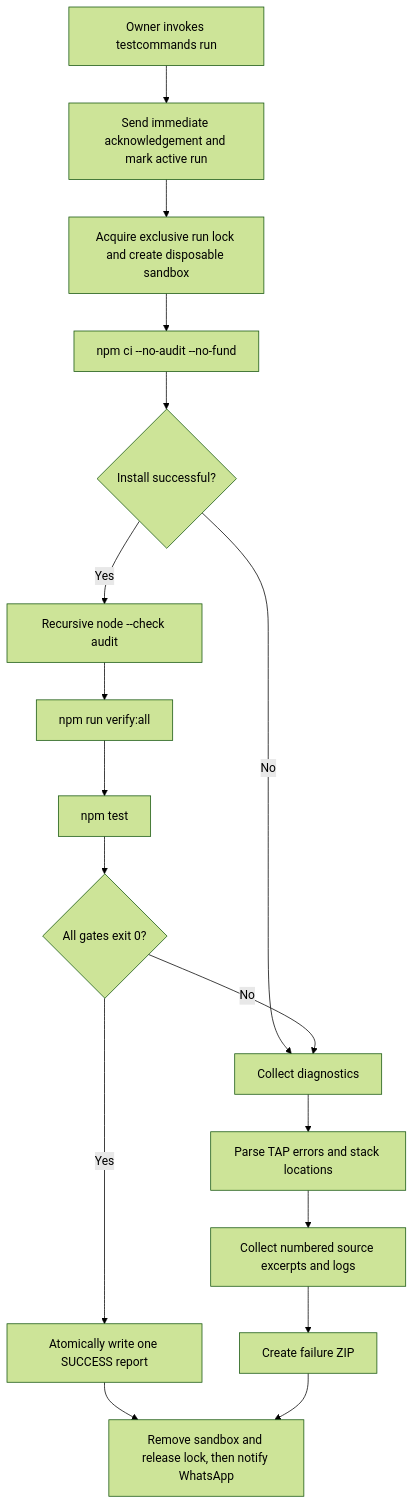
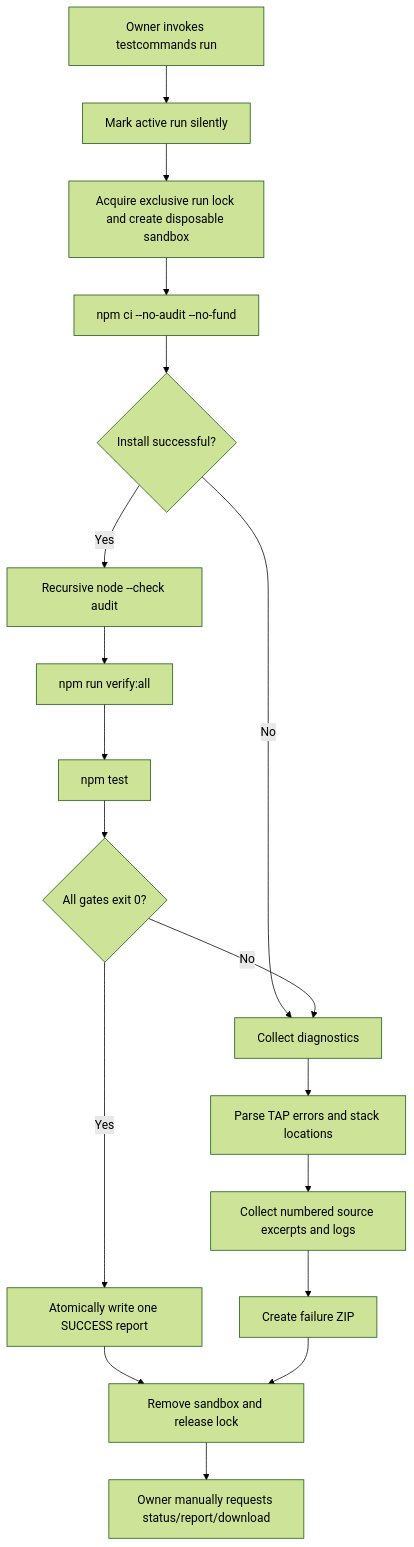
The diagram in docs/OWNER-TESTCOMMAND-VERIFICATION.md (razzaqinspires/whiskay-bot), drawn with Mermaid (forest theme) before and after one commit. The commit also changed other lines of this file and 128 other files, not shown here.

````diff
--- a/docs/OWNER-TESTCOMMAND-VERIFICATION.md
+++ b/docs/OWNER-TESTCOMMAND-VERIFICATION.md
@@ -25,19 +27,20 @@
 ```mermaid
 flowchart TD
-  A[Owner invokes testcommands run] --> B[Send immediate acknowledgement and mark active run]
+  A[Owner invokes testcommands run] --> B[Mark active run silently]
   B --> C[Acquire exclusive run lock and create disposable sandbox]
   C --> D[npm ci --no-audit --no-fund]
   D --> E{Install successful?}
   E -- No --> J[Collect diagnostics]
   E -- Yes --> F[Recursive node --check audit]
   F --> G[npm run verify:all]
   G --> H[npm test]
   H --> I{All gates exit 0?}
   I -- Yes --> K[Atomically write one SUCCESS report]
   I -- No --> J
   J --> L[Parse TAP errors and stack locations]
   L --> M[Collect numbered source excerpts and logs]
   M --> N[Create failure ZIP]
-  K --> O[Remove sandbox and release lock, then notify WhatsApp]
-  N --> O
+  K --> P[Remove sandbox and release lock]
+  N --> P
+  P --> Q[Owner manually requests status/report/download]
 ```
````
